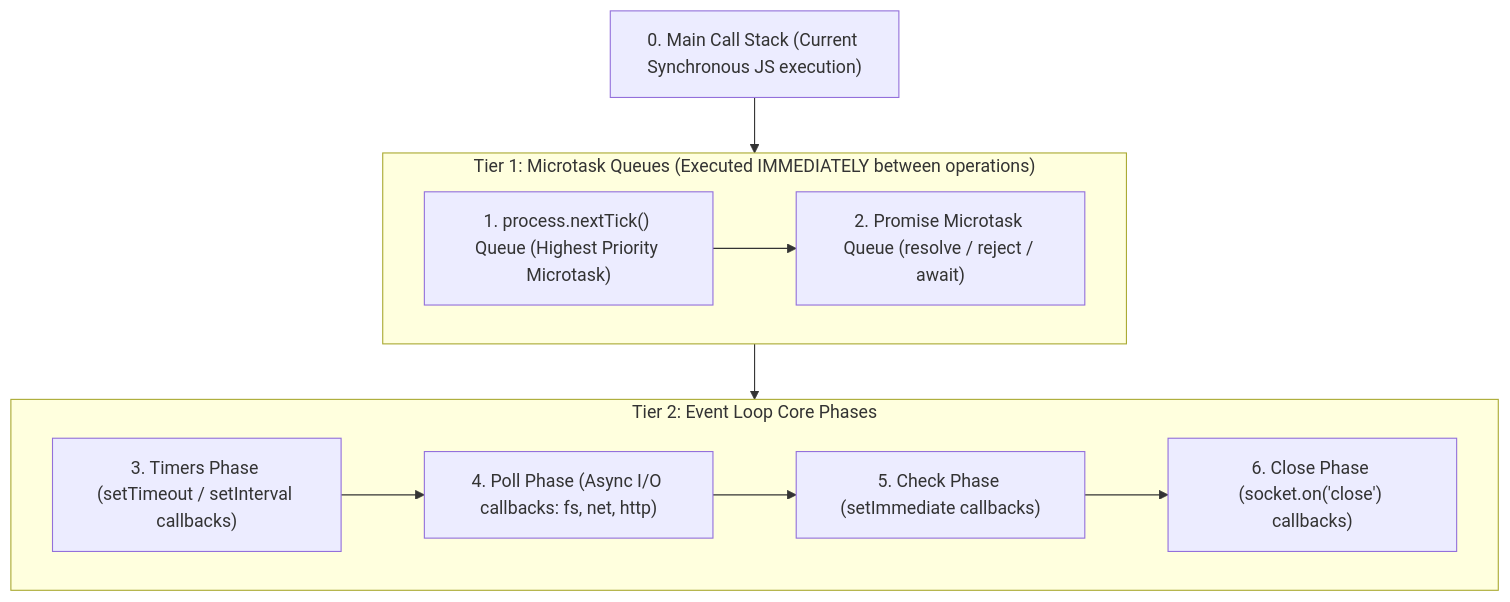
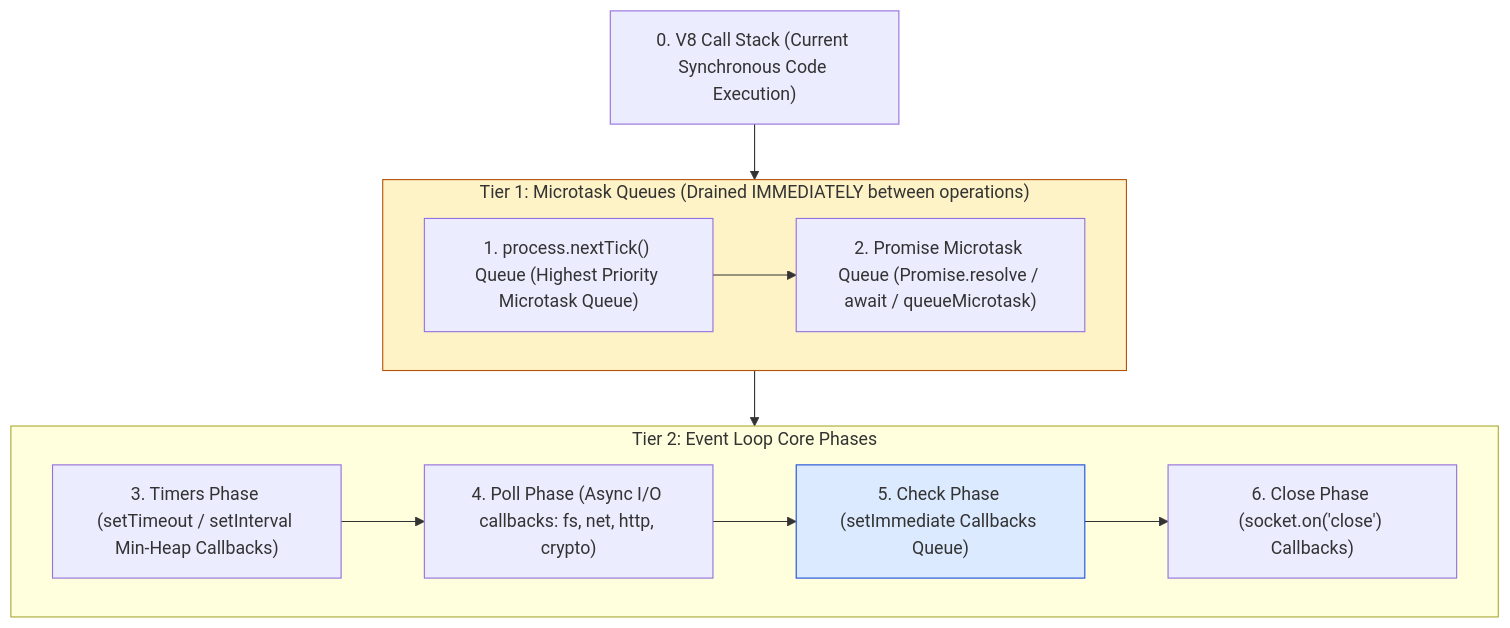
Before and after one commit to Amie-dev/engineering-playbook: the first of 3 diagrams in nodejs-notes/04-timers-in-node.md, drawn with Mermaid. The commit also changed other lines of this file and 31 other files, not shown here.

````diff
--- a/nodejs-notes/04-timers-in-node.md
+++ b/nodejs-notes/04-timers-in-node.md
@@ -15,23 +17,26 @@
 ```mermaid
 flowchart TD
-    CallStack["0. Main Call Stack (Current Synchronous JS execution)"] --> Tier1
+    CallStack["0. V8 Call Stack (Current Synchronous Code Execution)"] --> Tier1
 
-    subgraph Tier1["Tier 1: Microtask Queues (Executed IMMEDIATELY between operations)"]
-        NextTick["1. process.nextTick() Queue (Highest Priority Microtask)"]
-        PromiseQueue["2. Promise Microtask Queue (resolve / reject / await)"]
+    subgraph Tier1["Tier 1: Microtask Queues (Drained IMMEDIATELY between operations)"]
+        NextTick["1. process.nextTick() Queue (Highest Priority Microtask Queue)"]
+        PromiseQueue["2. Promise Microtask Queue (Promise.resolve / await / queueMicrotask)"]
         NextTick --> PromiseQueue
     end
 
     Tier1 --> Tier2
 
     subgraph Tier2["Tier 2: Event Loop Core Phases"]
-        TimersPhase["3. Timers Phase (setTimeout / setInterval callbacks)"]
-        PollPhase["4. Poll Phase (Async I/O callbacks: fs, net, http)"]
-        CheckPhase["5. Check Phase (setImmediate callbacks)"]
-        ClosePhase["6. Close Phase (socket.on('close') callbacks)"]
+        TimersPhase["3. Timers Phase (setTimeout / setInterval Min-Heap Callbacks)"]
+        PollPhase["4. Poll Phase (Async I/O callbacks: fs, net, http, crypto)"]
+        CheckPhase["5. Check Phase (setImmediate Callbacks Queue)"]
+        ClosePhase["6. Close Phase (socket.on('close') Callbacks)"]
         
         TimersPhase --> PollPhase
         PollPhase --> CheckPhase
         CheckPhase --> ClosePhase
     end
+
+    style Tier1 fill:#fef3c7,stroke:#b45309
+    style CheckPhase fill:#dbeafe,stroke:#1d4ed8
 ```
````
